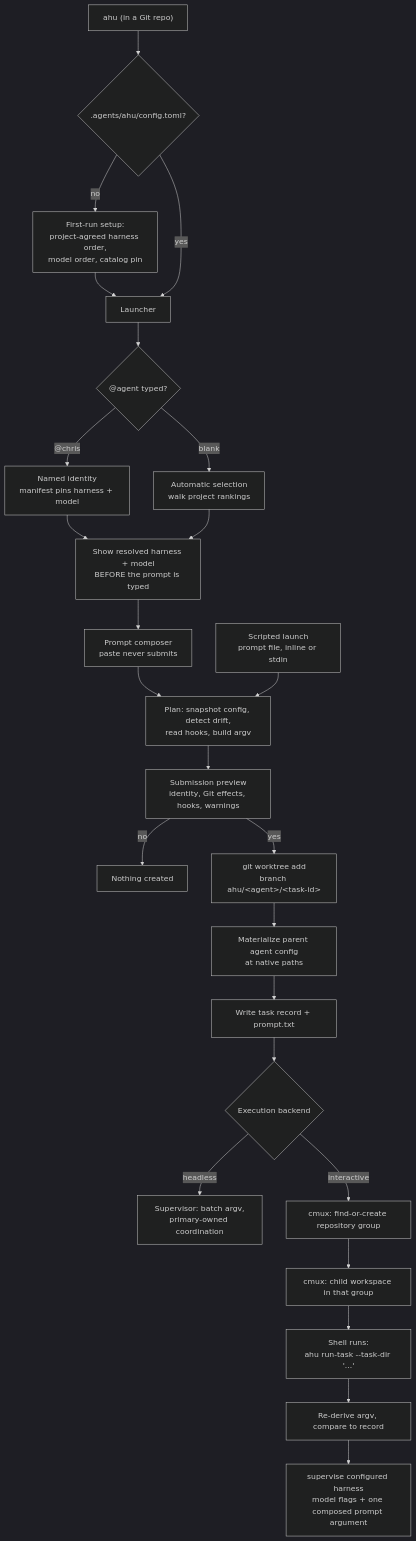
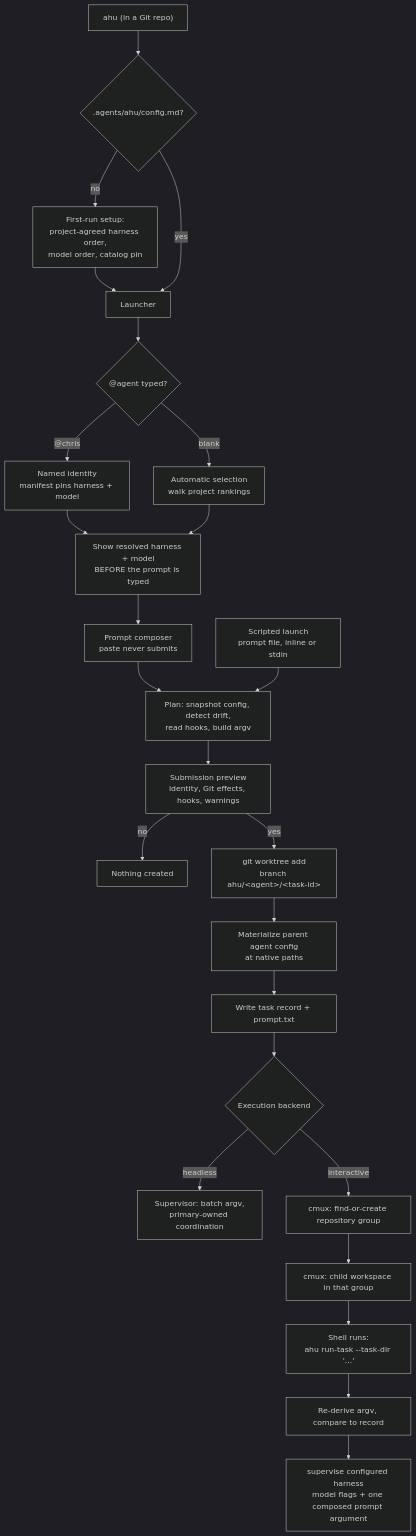
One commit to moai-agent/ahu changed the first of 4 diagrams in .agents/skills/ahu-architecture/SKILL.md. Above: the diagram before and after it, drawn with Mermaid (dark theme). The commit also changed other lines of this file and 42 other files, not shown here.

````diff
--- a/.agents/skills/ahu-architecture/SKILL.md
+++ b/.agents/skills/ahu-architecture/SKILL.md
@@ -93,30 +93,30 @@
 ```mermaid
 flowchart TD
-    A["ahu (in a Git repo)"] --> B{".agents/ahu/config.toml?"}
+    A["ahu (in a Git repo)"] --> B{".agents/ahu/config.md?"}
     B -- no --> C["First-run setup:<br/>project-agreed harness order,<br/>model order, catalog pin"]
     C --> D
     B -- yes --> D["Launcher"]
 
     D --> E{"@agent typed?"}
     E -- "@chris" --> F["Named identity<br/>manifest pins harness + model"]
     E -- blank --> G["Automatic selection<br/>walk project rankings"]
     F --> H["Show resolved harness + model<br/>BEFORE the prompt is typed"]
     G --> H
 
     H --> I["Prompt composer<br/>paste never submits"]
     I --> J["Plan: snapshot config, detect drift,<br/>read hooks, build argv"]
     X["Scripted launch<br/>prompt file, inline or stdin"] --> J
     J --> K["Submission preview<br/>identity, Git effects, hooks, warnings"]
     K -- "no" --> L["Nothing created"]
     K -- "yes" --> M["git worktree add<br/>branch ahu/&lt;agent&gt;/&lt;task-id&gt;"]
 
     M --> N["Materialize parent agent config<br/>at native paths"]
     N --> O["Write task record + prompt.txt"]
     O --> U{"Execution backend"}
     U -- headless --> V["Supervisor: batch argv,<br/>primary-owned coordination"]
     U -- interactive --> P["cmux: find-or-create repository group"]
     P --> Q["cmux: child workspace in that group"]
     Q --> R["Shell runs:<br/>ahu run-task --task-dir '...'"]
     R --> S["Re-derive argv, compare to record"]
     S --> T["supervise configured harness<br/>model flags + one composed prompt argument"]
 ```
````
